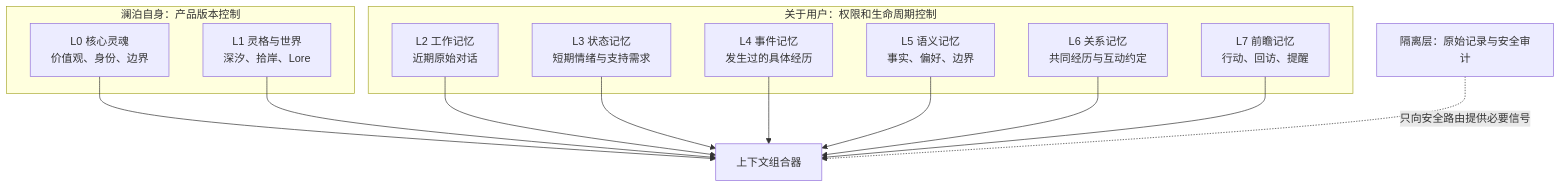
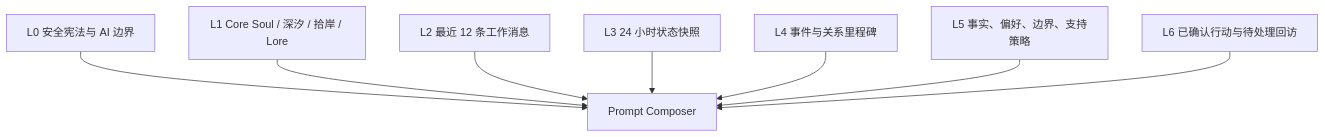
The first of 2 diagrams in docs/spirit-otter-memory-system-v1.md (Mildoko/spirit-otter-mvp), drawn with Mermaid before and after one commit. The commit also changed other lines of this file and 84 other files, not shown here.

````diff
--- a/docs/spirit-otter-memory-system-v1.md
+++ b/docs/spirit-otter-memory-system-v1.md
@@ -56,27 +23,17 @@
 ```mermaid
 flowchart TB
-    subgraph Self["澜泊自身：产品版本控制"]
-        A["L0 核心灵魂<br/>价值观、身份、边界"]
-        B["L1 灵格与世界<br/>深汐、拾岸、Lore"]
-    end
-
-    subgraph User["关于用户：权限和生命周期控制"]
-        C["L2 工作记忆<br/>近期原始对话"]
-        D["L3 状态记忆<br/>短期情绪与支持需求"]
-        E["L4 事件记忆<br/>发生过的具体经历"]
-        F["L5 语义记忆<br/>事实、偏好、边界"]
-        G["L6 关系记忆<br/>共同经历与互动约定"]
-        H["L7 前瞻记忆<br/>行动、回访、提醒"]
-    end
-
-    I["隔离层：原始记录与安全审计"]
-    A --> J["上下文组合器"]
-    B --> J
-    C --> J
-    D --> J
-    E --> J
-    F --> J
-    G --> J
-    H --> J
-    I -. "只向安全路由提供必要信号" .-> J
+    A["L0 安全宪法与 AI 边界"]
+    B["L1 Core Soul / 深汐 / 拾岸 / Lore"]
+    C["L2 最近 12 条工作消息"]
+    D["L3 24 小时状态快照"]
+    E["L4 事件与关系里程碑"]
+    F["L5 事实、偏好、边界、支持策略"]
+    G["L6 已确认行动与待处理回访"]
+    A --> H["Prompt Composer"]
+    B --> H
+    C --> H
+    D --> H
+    E --> H
+    F --> H
+    G --> H
 ```
````
